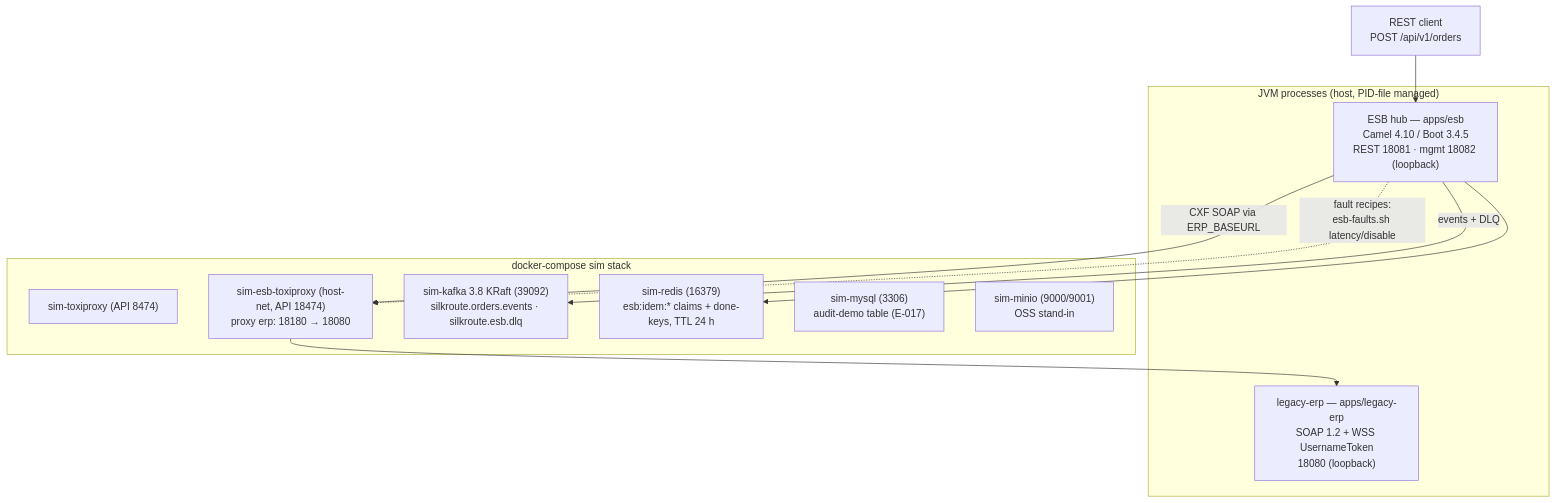
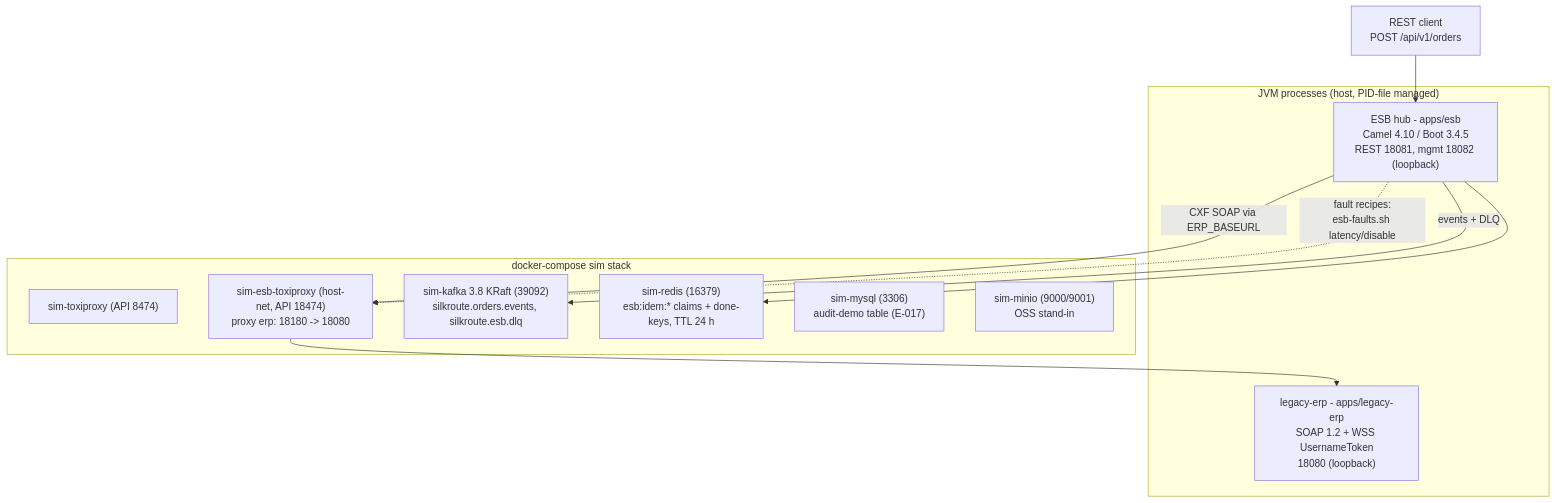
The second of 3 diagrams in docs/hld.md (xenoaitham/silkroute), drawn with Mermaid before and after one commit. The commit also changed other lines of this file and 163 other files, not shown here.

````diff
--- a/docs/hld.md
+++ b/docs/hld.md
@@ -43,28 +43,28 @@
 ```mermaid
 flowchart TB
-    client["REST client<br/>POST /api/v1/orders"]
+ client["REST client<br/>POST /api/v1/orders"]
 
-    subgraph apps ["JVM processes (host, PID-file managed)"]
-        esb["ESB hub — apps/esb<br/>Camel 4.10 / Boot 3.4.5<br/>REST 18081 · mgmt 18082 (loopback)"]
-        erp["legacy-erp — apps/legacy-erp<br/>SOAP 1.2 + WSS UsernameToken<br/>18080 (loopback)"]
-    end
+ subgraph apps ["JVM processes (host, PID-file managed)"]
+ esb["ESB hub - apps/esb<br/>Camel 4.10 / Boot 3.4.5<br/>REST 18081, mgmt 18082 (loopback)"]
+ erp["legacy-erp - apps/legacy-erp<br/>SOAP 1.2 + WSS UsernameToken<br/>18080 (loopback)"]
+ end
 
-    subgraph compose ["docker-compose sim stack"]
-        tpsim["sim-toxiproxy (API 8474)"]
-        tpesb["sim-esb-toxiproxy (host-net, API 18474)<br/>proxy erp: 18180 → 18080"]
-        kafka["sim-kafka 3.8 KRaft (39092)<br/>silkroute.orders.events · silkroute.esb.dlq"]
-        redis["sim-redis (16379)<br/>esb:idem:* claims + done-keys, TTL 24 h"]
-        mysql["sim-mysql (3306)<br/>audit-demo table (E-017)"]
-        minio["sim-minio (9000/9001)<br/>OSS stand-in"]
-    end
+ subgraph compose ["docker-compose sim stack"]
+ tpsim["sim-toxiproxy (API 8474)"]
+ tpesb["sim-esb-toxiproxy (host-net, API 18474)<br/>proxy erp: 18180 -> 18080"]
+ kafka["sim-kafka 3.8 KRaft (39092)<br/>silkroute.orders.events, silkroute.esb.dlq"]
+ redis["sim-redis (16379)<br/>esb:idem:* claims + done-keys, TTL 24 h"]
+ mysql["sim-mysql (3306)<br/>audit-demo table (E-017)"]
+ minio["sim-minio (9000/9001)<br/>OSS stand-in"]
+ end
 
-    client --> esb
-    esb -->|"CXF SOAP via ERP_BASEURL"| tpesb
-    tpesb --> erp
-    esb --> redis
-    esb -->|"events + DLQ"| kafka
-    esb -.->|"fault recipes:<br/>esb-faults.sh latency/disable"| tpesb
-    mysql
-    minio
-    tpsim
+ client --> esb
+ esb -->|"CXF SOAP via ERP_BASEURL"| tpesb
+ tpesb --> erp
+ esb --> redis
+ esb -->|"events + DLQ"| kafka
+ esb -.->|"fault recipes:<br/>esb-faults.sh latency/disable"| tpesb
+ mysql
+ minio
+ tpsim
 ```
````
